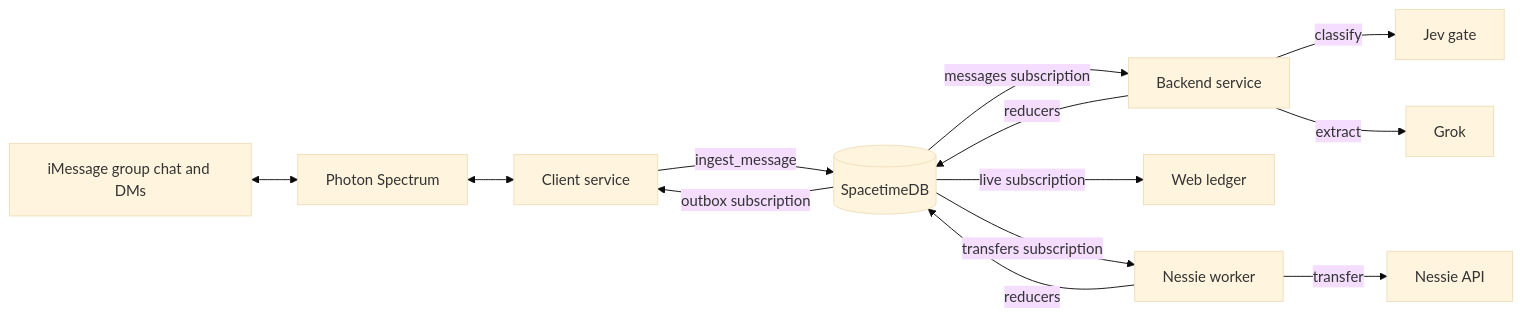
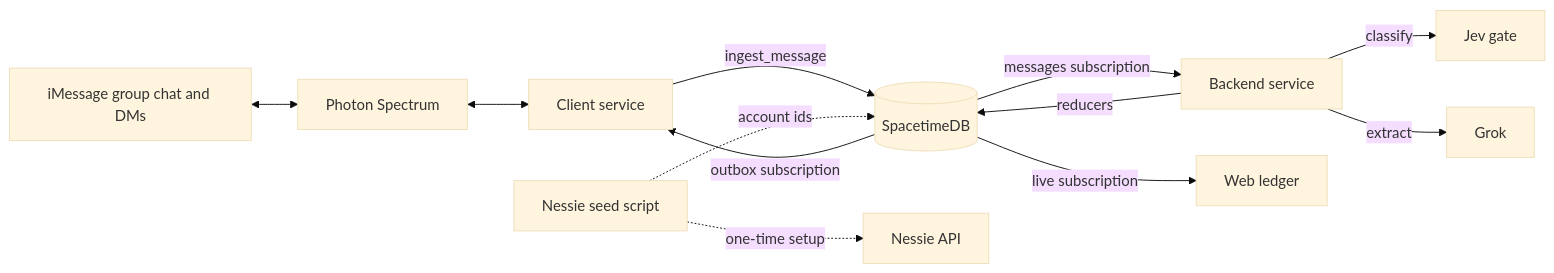
One commit to HarjyotS/Tab_MHacks26 changed the first of 3 diagrams in SPEC.md. Above: the diagram before and after it, drawn with Mermaid (base theme). The commit also changed other lines of this file and 97 other files, not shown here.

````diff
--- a/SPEC.md
+++ b/SPEC.md
@@ -94,15 +94,14 @@
 ```mermaid
 flowchart LR
   GC[iMessage group chat and DMs] <--> PH[Photon Spectrum]
   PH <--> CL[Client service]
   CL -- ingest_message --> DB[(SpacetimeDB)]
   DB -- outbox subscription --> CL
   DB -- messages subscription --> BE[Backend service]
   BE -- classify --> JEV[Jev gate]
   BE -- extract --> GROK[Grok]
   BE -- reducers --> DB
   DB -- live subscription --> WL[Web ledger]
-  DB -- transfers subscription --> NW[Nessie worker]
-  NW -- transfer --> NES[Nessie API]
-  NW -- reducers --> DB
+  NS[Nessie seed script] -. one-time setup .-> NES[Nessie API]
+  NS -. account ids .-> DB
 ```
````
